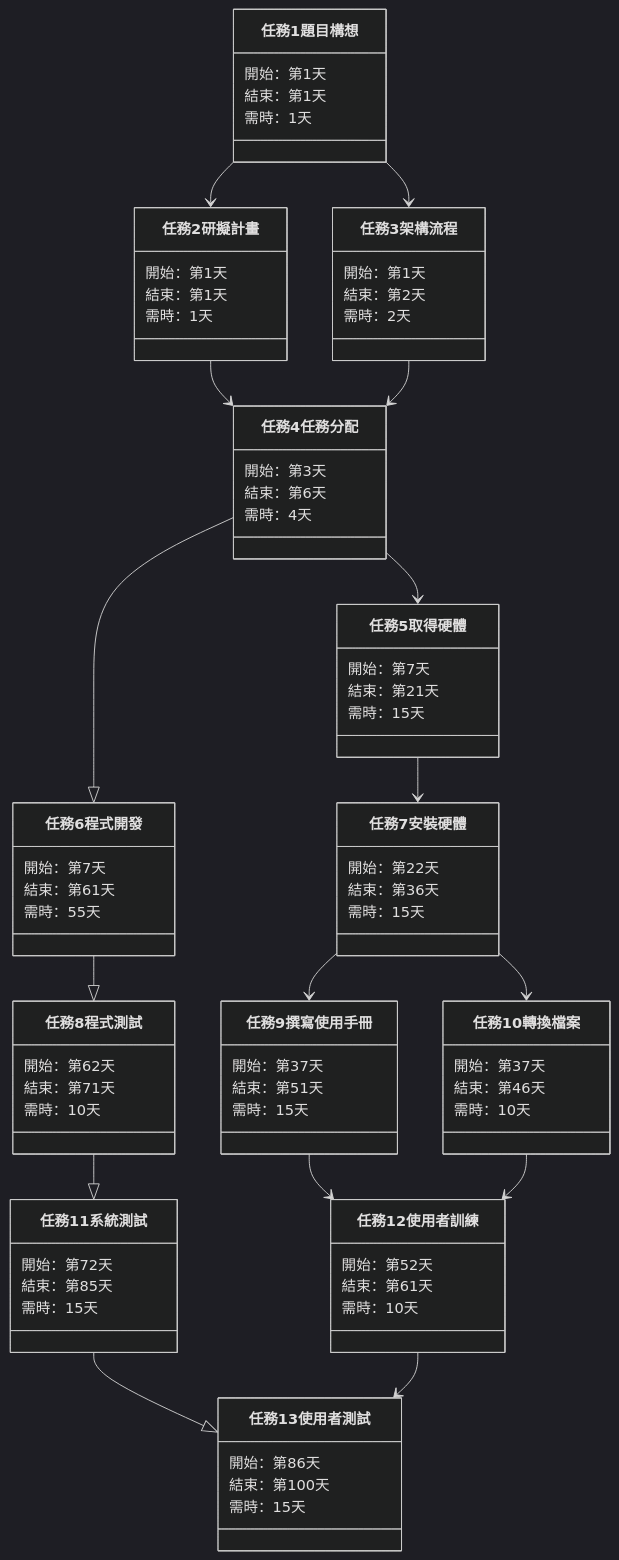
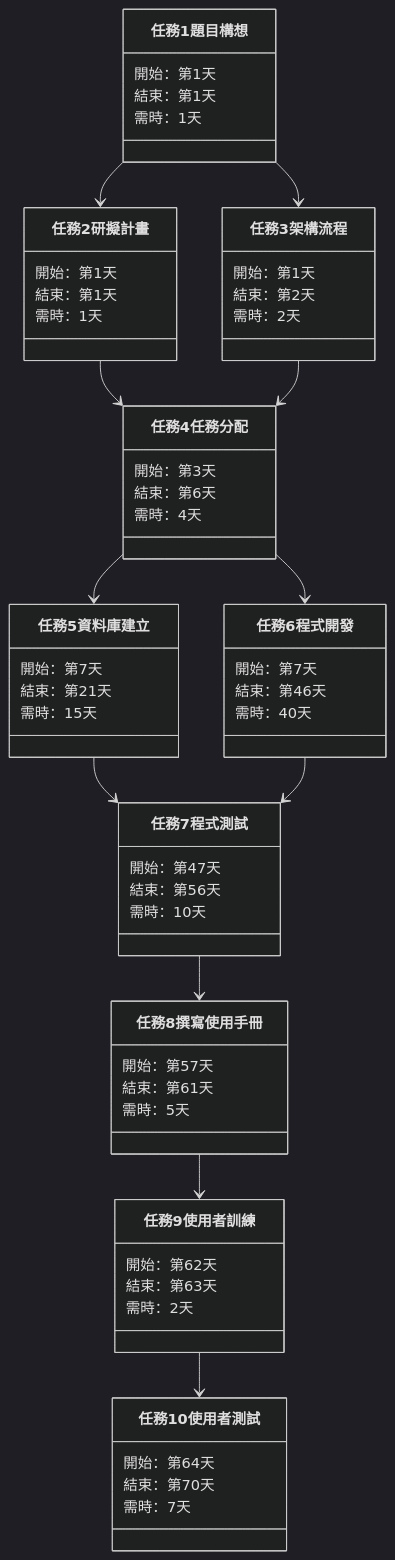
One commit to Forever-Hate/no15 changed the second of 2 diagrams in README.md. Above: the diagram before and after it, drawn with Mermaid (dark theme). The commit also changed other lines of this file, not shown here.

````diff
--- a/README.md
+++ b/README.md
@@ -54,71 +48,61 @@
 ```mermaid
 classDiagram
 
 任務1 題目構想 --> 任務2 研擬計畫
 任務1 題目構想 --> 任務3 架構流程
+
 任務2 研擬計畫 --> 任務4 任務分配
 任務3 架構流程 --> 任務4 任務分配
-任務4 任務分配 --> 任務5 取得硬體
-任務4 任務分配 --|> 任務6 程式開發
-任務5 取得硬體 --> 任務7 安裝硬體
-任務6 程式開發 --|> 任務8 程式測試
-任務8 程式測試 --|> 任務11 系統測試
-任務7 安裝硬體 --> 任務9 撰寫使用手冊
-任務7 安裝硬體 --> 任務10 轉換檔案
-任務9 撰寫使用手冊 --> 任務12 使用者訓練
-任務10 轉換檔案 --> 任務12 使用者訓練
-任務11 系統測試 --|> 任務13 使用者測試
-任務12 使用者訓練 --> 任務13 使用者測試
+
+任務4 任務分配 --> 任務5 資料庫建立
+任務4 任務分配 --> 任務6 程式開發
+
+任務5 資料庫建立 --> 任務7 程式測試
+任務6 程式開發 --> 任務7 程式測試
+
+任務7 程式測試 --> 任務8 撰寫使用手冊
+
+任務8 撰寫使用手冊 --> 任務9 使用者訓練
+
+任務9 使用者訓練 --> 任務10 使用者測試
 
 任務1 題目構想 : 開始：第1天
 任務1 題目構想 : 結束：第1天
 任務1 題目構想 : 需時：1天
 
 任務2 研擬計畫 : 開始：第1天
 任務2 研擬計畫 : 結束：第1天
 任務2 研擬計畫 : 需時：1天
 
 任務3 架構流程 : 開始：第1天
 任務3 架構流程 : 結束：第2天
 任務3 架構流程 : 需時：2天
 
 任務4 任務分配 : 開始：第3天
 任務4 任務分配 : 結束：第6天
 任務4 任務分配 : 需時：4天
 
-任務5 取得硬體 : 開始：第7天
-任務5 取得硬體 : 結束：第21天
-任務5 取得硬體 : 需時：15天
+任務5 資料庫建立 : 開始：第7天
+任務5 資料庫建立 : 結束：第21天
+任務5 資料庫建立 : 需時：15天
 
 任務6 程式開發 : 開始：第7天
-任務6 程式開發 : 結束：第61天
-任務6 程式開發 : 需時：55天
+任務6 程式開發 : 結束：第46天
+任務6 程式開發 : 需時：40天
 
-任務7 安裝硬體 : 開始：第22天
-任務7 安裝硬體 : 結束：第36天
-任務7 安裝硬體 : 需時：15天
+任務7 程式測試 : 開始：第47天
+任務7 程式測試 : 結束：第56天
+任務7 程式測試 : 需時：10天
 
-任務8 程式測試 : 開始：第62天
-任務8 程式測試 : 結束：第71天
-任務8 程式測試 : 需時：10天
+任務8 撰寫使用手冊 : 開始：第57天
+任務8 撰寫使用手冊 : 結束：第61天
+任務8 撰寫使用手冊 : 需時：5天
 
-任務9 撰寫使用手冊 : 開始：第37天
-任務9 撰寫使用手冊 : 結束：第51天
-任務9 撰寫使用手冊 : 需時：15天
+任務9 使用者訓練 : 開始：第62天
+任務9 使用者訓練 : 結束：第63天
+任務9 使用者訓練 : 需時：2天
 
-任務10 轉換檔案 : 開始：第37天
-任務10 轉換檔案 : 結束：第46天
-任務10 轉換檔案 : 需時：10天
-
-任務11 系統測試 : 開始：第72天
-任務11 系統測試 : 結束：第85天
-任務11 系統測試 : 需時：15天
-
-任務12 使用者訓練 : 開始：第52天
-任務12 使用者訓練 : 結束：第61天
-任務12 使用者訓練 : 需時：10天
-
-任務13 使用者測試 : 開始：第86天
-任務13 使用者測試 : 結束：第100天
-任務13 使用者測試 : 需時：15天
+任務10 使用者測試 : 開始：第64天
+任務10 使用者測試 : 結束：第70天
+任務10 使用者測試 : 需時：7天
 ```
````
